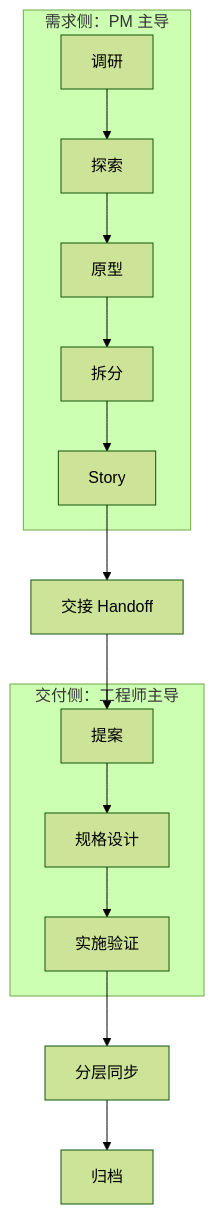
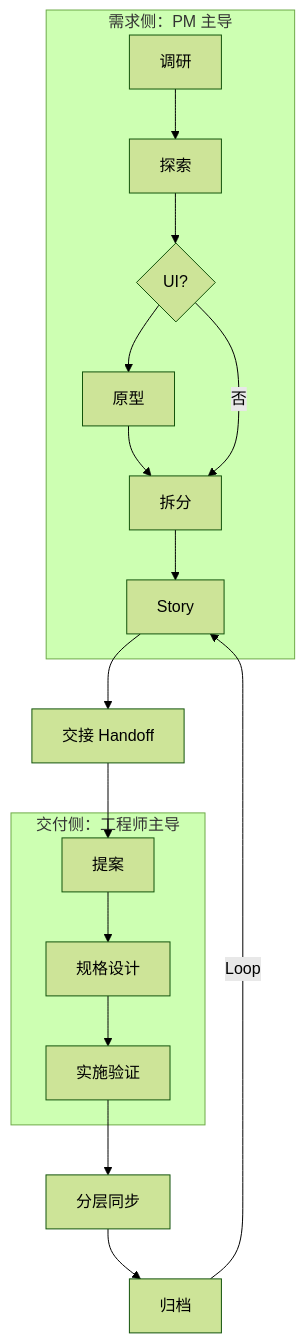
One commit to jkang/openspec-example changed the third of 3 diagrams in docs/TALK_PRD_TO_SPECS.md. Above: the diagram before and after it, drawn with Mermaid (forest theme). The commit also changed other lines of this file and 44 other files, not shown here.

````diff
--- a/docs/TALK_PRD_TO_SPECS.md
+++ b/docs/TALK_PRD_TO_SPECS.md
@@ -73,12 +77,14 @@
 ```mermaid
 flowchart TD
     subgraph Req[需求侧：PM 主导]
-        R1[调研] --> R2[探索] --> R3[原型] --> R4[拆分] --> R5[Story]
+        R1[调研] --> R2[探索] --> R3{UI?} --> R4[原型] --> R5[拆分] --> R6[Story]
+        R3 -- 否 --> R5
     end
-    R5 --> H[交接 Handoff]
+    R6 --> H[交接 Handoff]
     H --> D1[提案]
     subgraph Del[交付侧：工程师主导]
         D1 --> D2[规格设计] --> D3[实施验证]
     end
     D3 --> S[分层同步] --> Ar[归档]
+    Ar -- Loop --> R6
 ```
````
